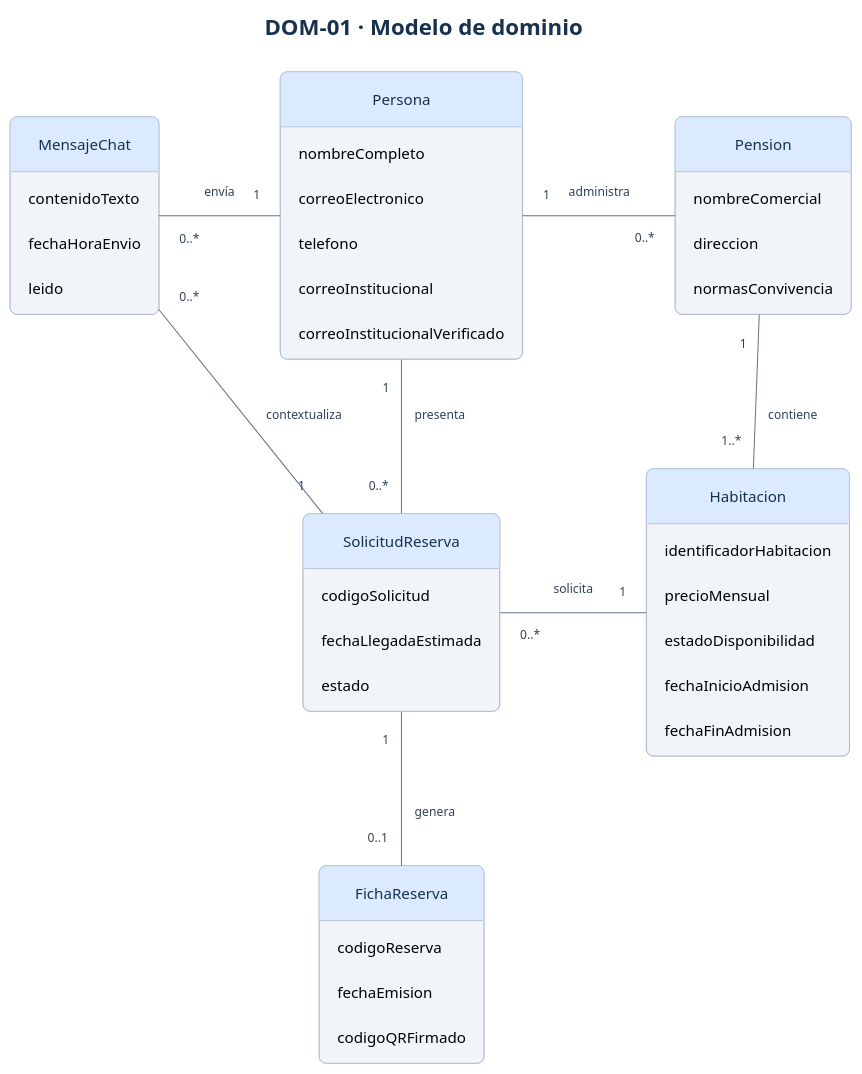
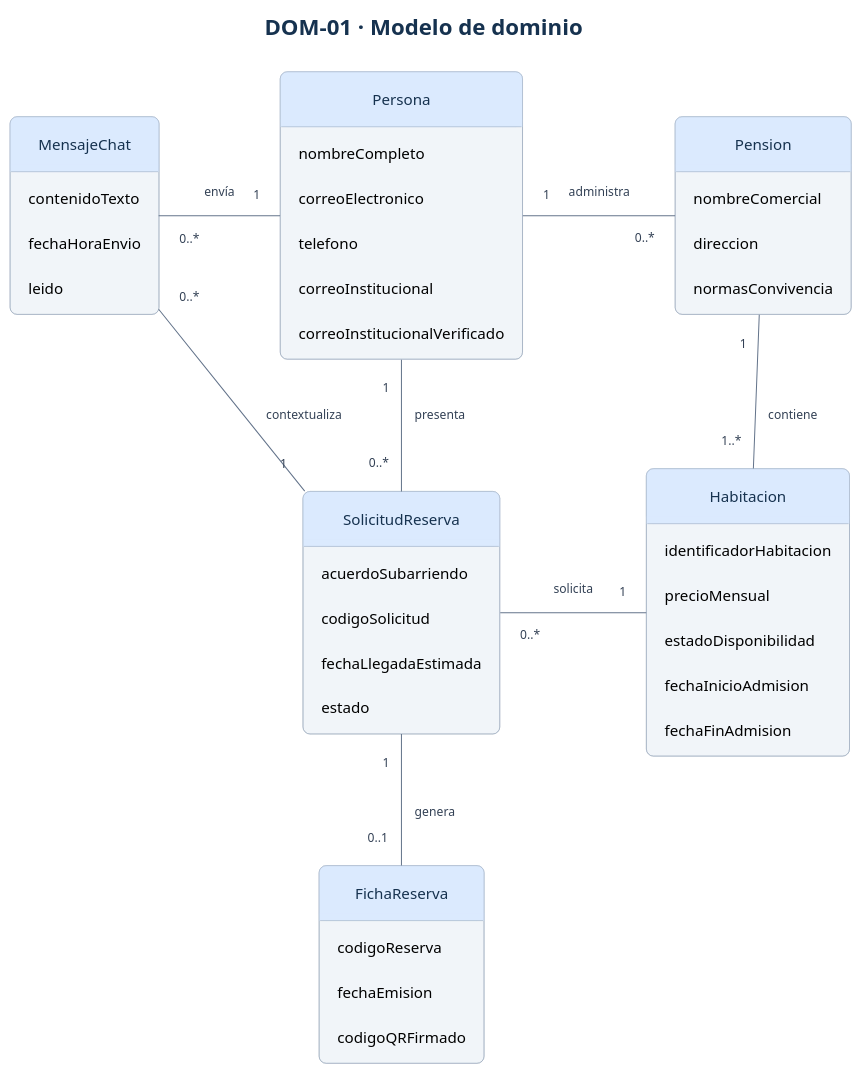
Before and after one commit to busca-tunido-requisitos/entrega-1: the diagram in diagramas/modelo-dominio.puml, drawn with PlantUML.

Commit message:
Add acuerdoSubarriendo attribute to SolicitudReserva class

```diff
--- a/diagramas/modelo-dominio.puml
+++ b/diagramas/modelo-dominio.puml
@@ -1,74 +1,75 @@
 @startuml
 title DOM-01 · Modelo de dominio
 skinparam defaultFontName Arial
 skinparam defaultFontSize 15
 skinparam titleFontSize 22
 skinparam titleFontColor #16324F
 skinparam backgroundColor #FFFFFF
 skinparam shadowing false
 skinparam ArrowColor #64748B
 skinparam ArrowFontColor #334155
 skinparam ArrowFontSize 12
 skinparam roundcorner 14
 skinparam nodesep 65
 skinparam ranksep 65
 skinparam padding 12
 skinparam classBackgroundColor #F1F5F9
 skinparam classBorderColor #94A3B8
 skinparam classHeaderBackgroundColor #DBEAFE
 skinparam classFontColor #16324F
 skinparam stateBackgroundColor #EFF6FF
 skinparam stateBorderColor #7C9CBF
 skinparam stateFontColor #16324F
 skinparam usecaseBackgroundColor #EFF6FF
 skinparam usecaseBorderColor #7C9CBF
 skinparam usecaseFontColor #16324F
 skinparam actorBorderColor #475569
 skinparam actorFontColor #16324F
 skinparam rectangleBorderColor #CBD5E1
 skinparam rectangleFontColor #16324F
 hide methods
 hide circle
 skinparam classAttributeIconSize 0
 class Persona {
   nombreCompleto
   correoElectronico
   telefono
   correoInstitucional
   correoInstitucionalVerificado
 }
 class Pension {
   nombreComercial
   direccion
   normasConvivencia
 }
 class Habitacion {
   identificadorHabitacion
   precioMensual
   estadoDisponibilidad
   fechaInicioAdmision
   fechaFinAdmision
 }
 class SolicitudReserva {
+  acuerdoSubarriendo
   codigoSolicitud
   fechaLlegadaEstimada
   estado
 }
 class FichaReserva {
   codigoReserva
   fechaEmision
   codigoQRFirmado
 }
 class MensajeChat {
   contenidoTexto
   fechaHoraEnvio
   leido
 }
 Persona "1" -right- "0..*" Pension : administra
 Pension "1" -down- "1..*" Habitacion : contiene
 Persona "1" -down- "0..*" SolicitudReserva : presenta
 SolicitudReserva "0..*" -right- "1" Habitacion : solicita
 SolicitudReserva "1" -down- "0..1" FichaReserva : genera
 SolicitudReserva "1" -left- "0..*" MensajeChat : contextualiza
 Persona "1" -left- "0..*" MensajeChat : envía
 @enduml
```
